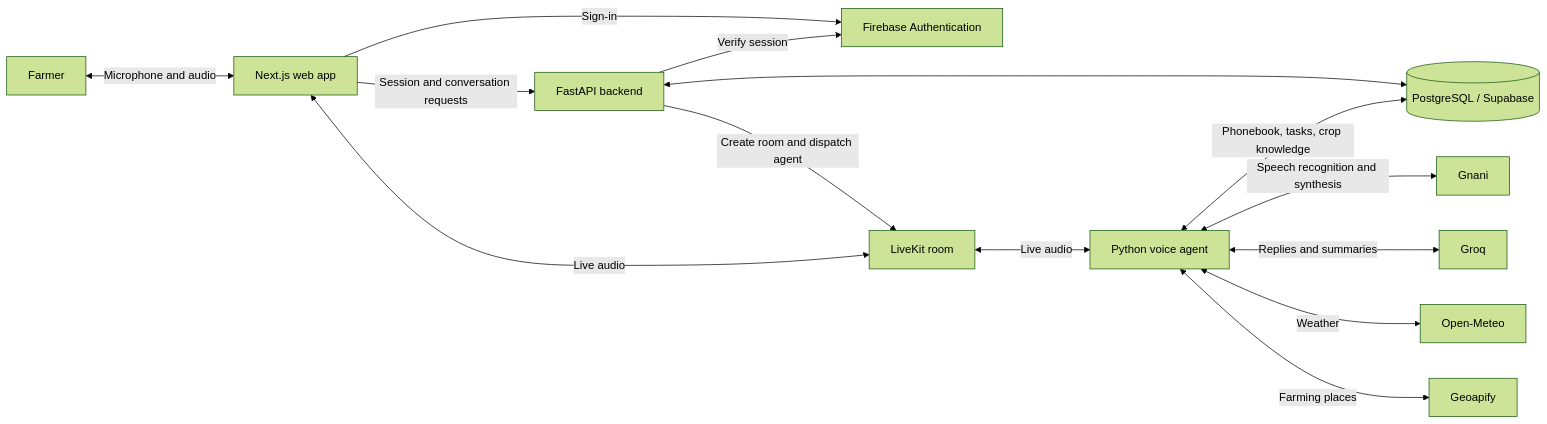
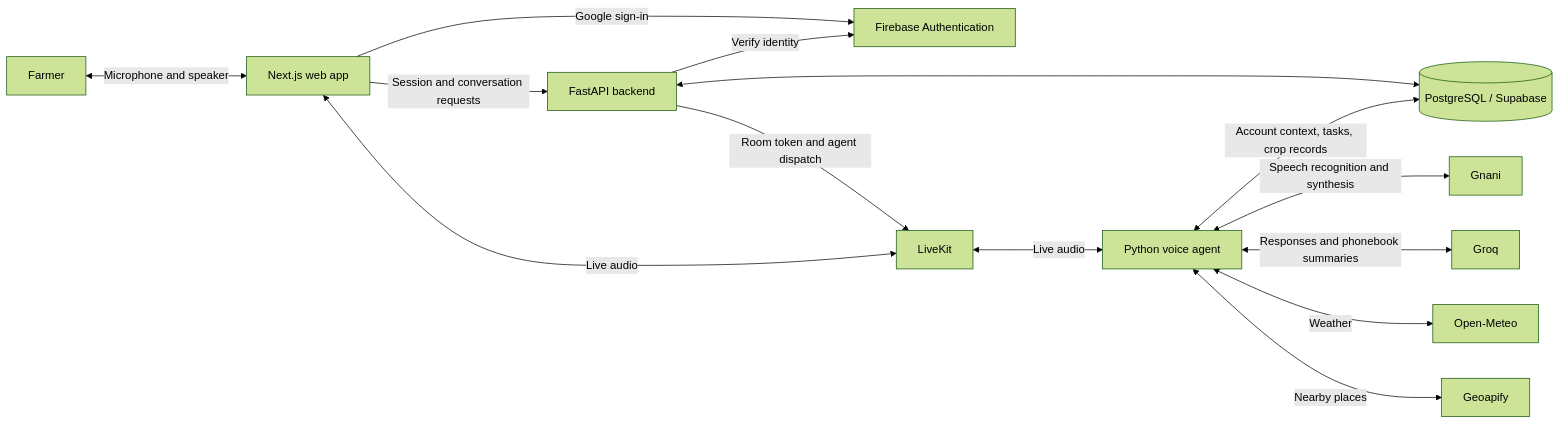
Before and after one commit to thecodingvivek/opencall: the diagram in README.md, drawn with Mermaid (forest theme). The commit also changed other lines of this file and 3 other files, not shown here.

````diff
--- a/README.md
+++ b/README.md
@@ -34,16 +20,16 @@
 ```mermaid
 flowchart LR
-    User[Farmer] <-->|Microphone and audio| Web[Next.js web app]
-    Web -->|Sign-in| Firebase[Firebase Authentication]
+    User[Farmer] <-->|Microphone and speaker| Web[Next.js web app]
+    Web -->|Google sign-in| Firebase[Firebase Authentication]
     Web -->|Session and conversation requests| API[FastAPI backend]
-    API -->|Verify session| Firebase
+    API -->|Verify identity| Firebase
     API <--> DB[(PostgreSQL / Supabase)]
-    API -->|Create room and dispatch agent| LiveKit[LiveKit room]
+    API -->|Room token and agent dispatch| LiveKit[LiveKit]
     Web <-->|Live audio| LiveKit
     LiveKit <-->|Live audio| Agent[Python voice agent]
     Agent <-->|Speech recognition and synthesis| Gnani[Gnani]
-    Agent <-->|Replies and summaries| Groq[Groq]
-    Agent <-->|Phonebook, tasks, crop knowledge| DB
+    Agent <-->|Responses and phonebook summaries| Groq[Groq]
+    Agent <-->|Account context, tasks, crop records| DB
     Agent <-->|Weather| Weather[Open-Meteo]
-    Agent <-->|Farming places| Places[Geoapify]
+    Agent <-->|Nearby places| Places[Geoapify]
 ```
````
